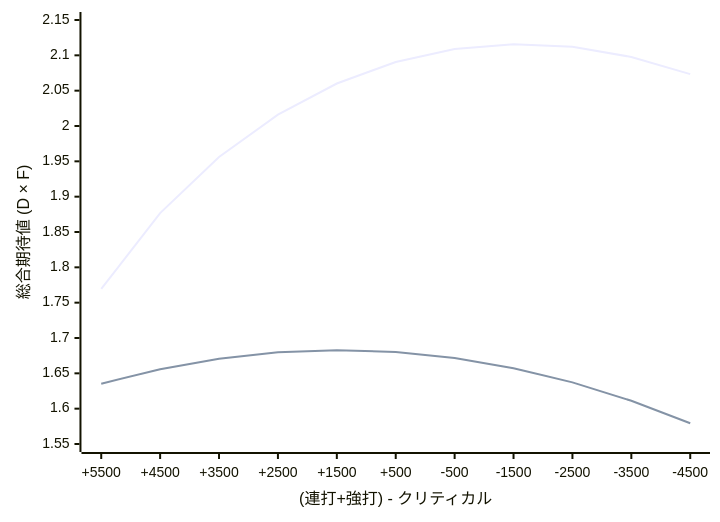
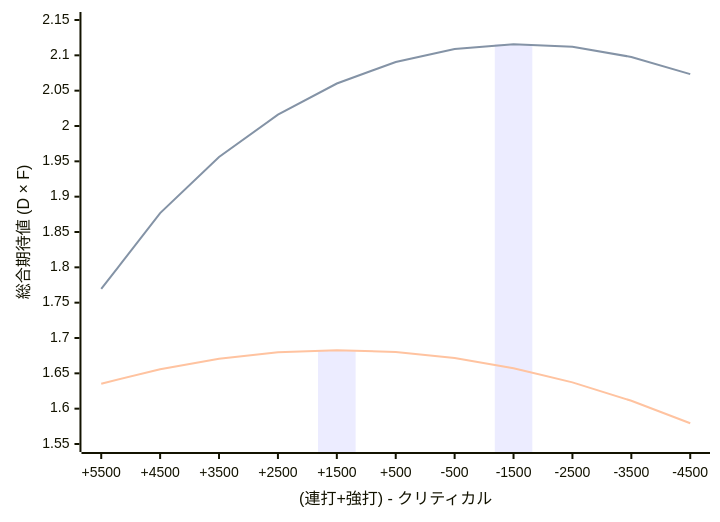
The diagram in _posts/2026-11-21-mabimoba_stat_allocation_and_expected_damage.md (york14/pj_game_archive), drawn with Mermaid before and after one commit. The commit also changed other lines of this file, not shown here.

````diff
--- a/_posts/2026-11-21-mabimoba_stat_allocation_and_expected_damage.md
+++ b/_posts/2026-11-21-mabimoba_stat_allocation_and_expected_damage.md
@@ -305,7 +305,8 @@
 ```mermaid
 xychart-beta
     x-axis "(連打+強打) - クリティカル" ["+5500", "+4500", "+3500", "+2500", "+1500", "+500", "-500", "-1500", "-2500", "-3500", "-4500"]
     y-axis "総合期待値 (D × F)" 1.55 --> 2.15
+    bar [1.5375, 1.5375, 1.5375, 1.5375, 1.6828, 1.5375, 1.5375, 2.1158, 1.5375, 1.5375, 1.5375]
     line [1.7694, 1.8767, 1.9562, 2.0160, 2.0601, 2.0906, 2.1088, 2.1158, 2.1120, 2.0977, 2.0734]
     line [1.6353, 1.6559, 1.6707, 1.6797, 1.6828, 1.6801, 1.6716, 1.6573, 1.6372, 1.6112, 1.5794]
 ```
````
